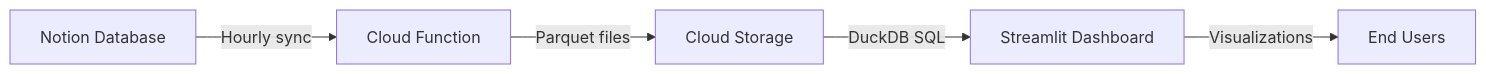
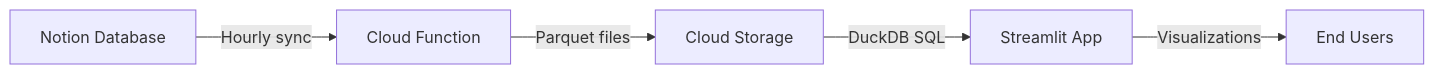
One commit to tucared/personal-expense-tracker changed the diagram in README.md. Above: the diagram before and after it, drawn with Mermaid. The commit also changed other lines of this file and 16 other files, not shown here.

````diff
--- a/README.md
+++ b/README.md
@@ -115,7 +115,7 @@
 ```mermaid
 flowchart LR
     A[Notion Database] -->|Hourly sync| B[Cloud Function]
     B -->|Parquet files| C[Cloud Storage]
-    C -->|DuckDB SQL| D[Streamlit Dashboard]
+    C -->|DuckDB SQL| D[Streamlit App]
     D -->|Visualizations| E[End Users]
 ```
````
